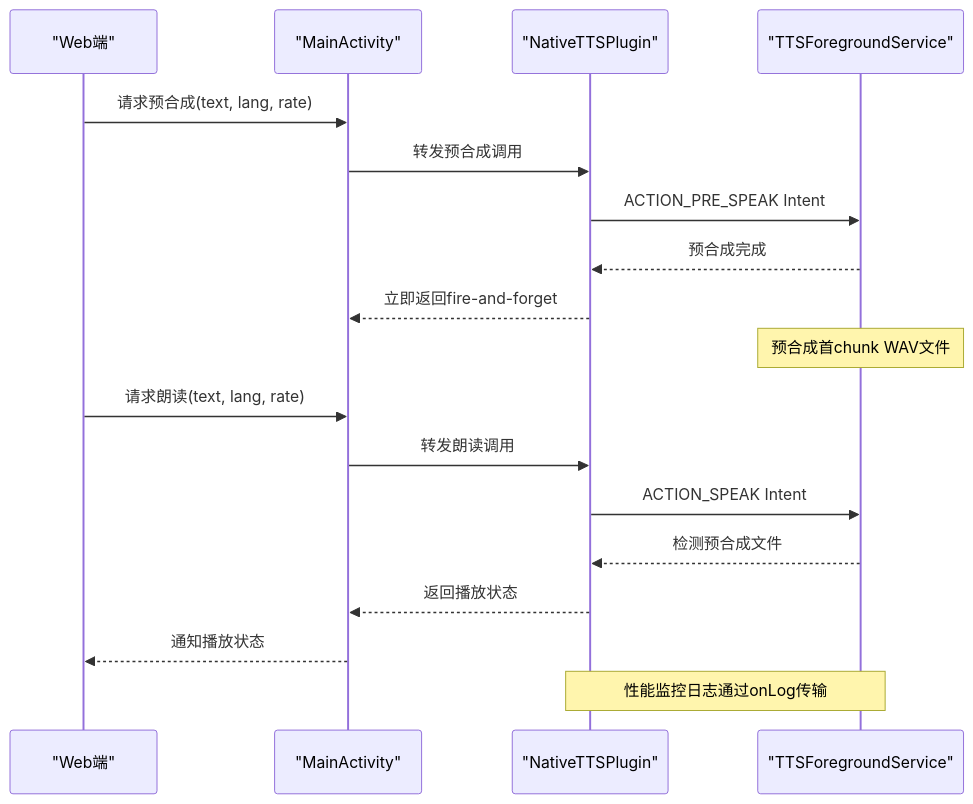
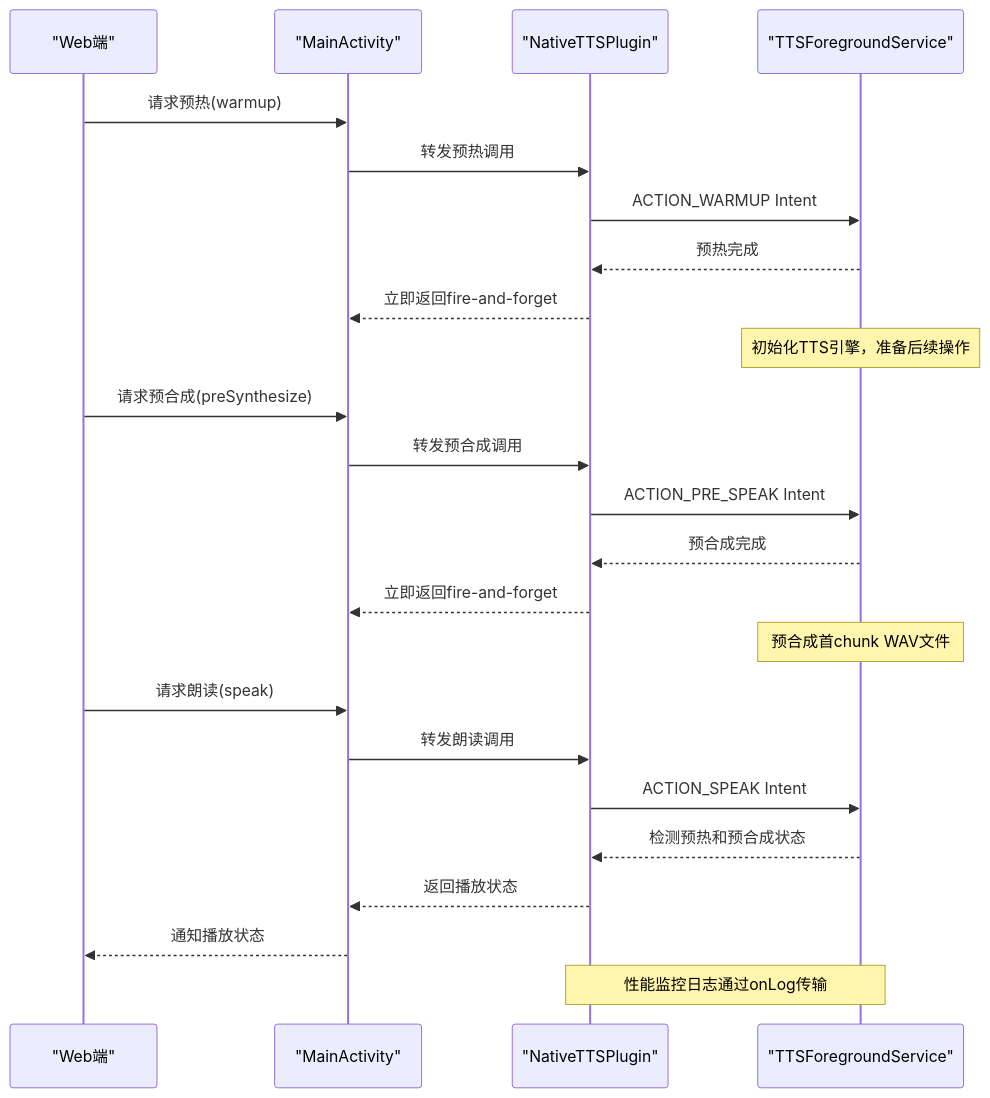
The seventh of 11 diagrams in .qoder/repowiki/zh/content/移动应用开发/移动应用开发.md (zhao-zg/cx), drawn with Mermaid before and after one commit. The commit also changed other lines of this file and 31 other files, not shown here.

````diff
--- a/.qoder/repowiki/zh/content/移动应用开发/移动应用开发.md
+++ b/.qoder/repowiki/zh/content/移动应用开发/移动应用开发.md
@@ -364,20 +372,26 @@
 ```mermaid
 sequenceDiagram
 participant W as "Web端"
 participant M as "MainActivity"
 participant T as "NativeTTSPlugin"
 participant S as "TTSForegroundService"
-W->>M : 请求预合成(text, lang, rate)
+W->>M : 请求预热(warmup)
+M->>T : 转发预热调用
+T->>S : ACTION_WARMUP Intent
+S-->>T : 预热完成
+T-->>M : 立即返回fire-and-forget
+Note over S : 初始化TTS引擎，准备后续操作
+W->>M : 请求预合成(preSynthesize)
 M->>T : 转发预合成调用
 T->>S : ACTION_PRE_SPEAK Intent
 S-->>T : 预合成完成
 T-->>M : 立即返回fire-and-forget
 Note over S : 预合成首chunk WAV文件
-W->>M : 请求朗读(text, lang, rate)
+W->>M : 请求朗读(speak)
 M->>T : 转发朗读调用
 T->>S : ACTION_SPEAK Intent
-S-->>T : 检测预合成文件
+S-->>T : 检测预热和预合成状态
 T-->>M : 返回播放状态
 M-->>W : 通知播放状态
 Note over T,S : 性能监控日志通过onLog传输
 ```
````
